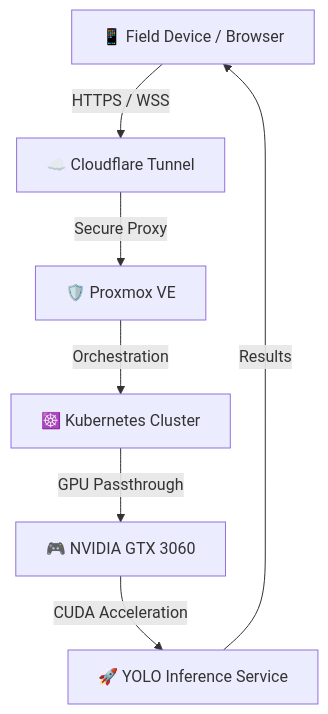
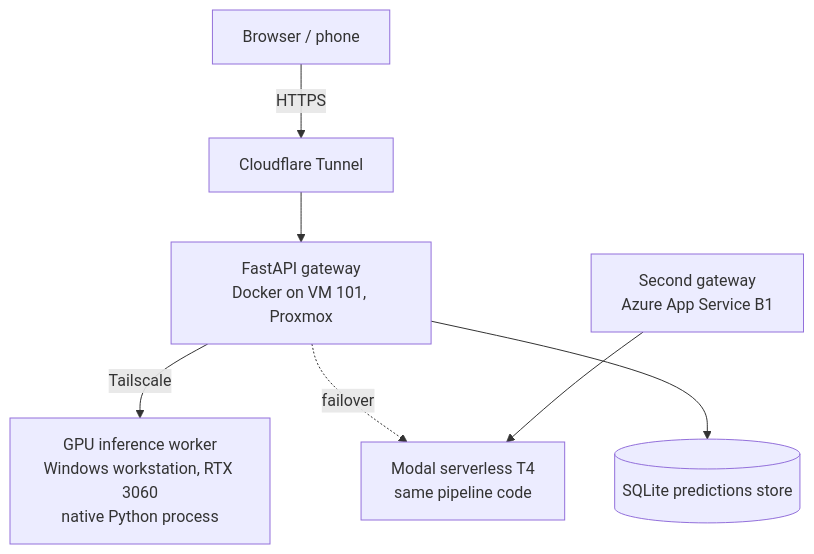
One commit to cerrmcneel/breaker-detection-project changed the diagram in README.md. Above: the diagram before and after it, drawn with Mermaid. The commit also changed other lines of this file and 13 other files, not shown here.

````diff
--- a/README.md
+++ b/README.md
@@ -33,9 +33,9 @@
 ```mermaid
 graph TD
-    Client[📱 Field Device / Browser] -->|HTTPS / WSS| CF[☁️ Cloudflare Tunnel]
-    CF -->|Secure Proxy| PVE[🛡️ Proxmox VE]
-    PVE -->|Orchestration| K8s[☸️ Kubernetes Cluster]
-    K8s -->|GPU Passthrough| RTX[🎮 NVIDIA GTX 3060]
-    RTX -->|CUDA Acceleration| YOLO[🚀 YOLO Inference Service]
-    YOLO -->|Results| Client
+    Client[Browser / phone] -->|HTTPS| CF[Cloudflare Tunnel]
+    CF --> GW[FastAPI gateway<br/>Docker on VM 101, Proxmox]
+    GW -->|Tailscale| GPU[GPU inference worker<br/>Windows workstation, RTX 3060<br/>native Python process]
+    GW -.->|failover| Modal[Modal serverless T4<br/>same pipeline code]
+    AZ[Second gateway<br/>Azure App Service B1] --> Modal
+    GW --> DB[(SQLite predictions store)]
 ```
````
